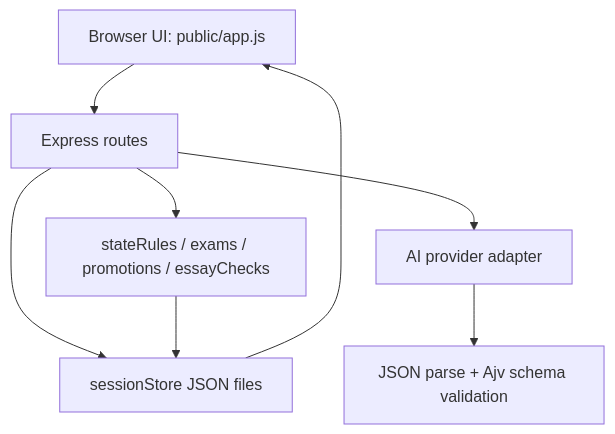
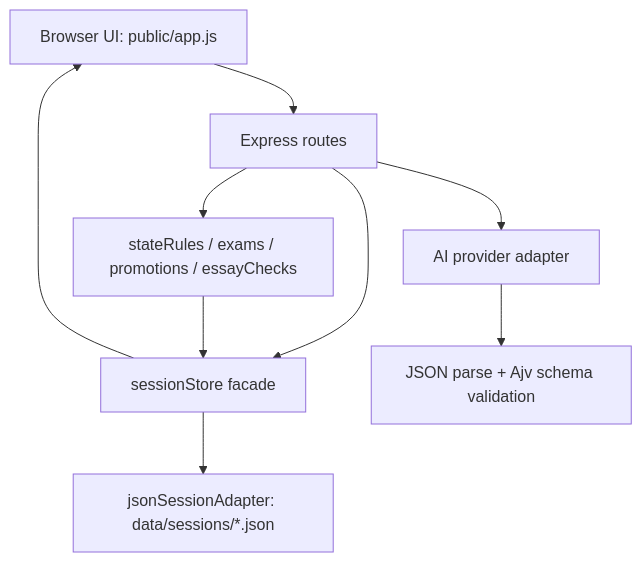
The diagram in docs/ARCHITECTURE.md (298118/qianqiu), drawn with Mermaid before and after one commit. The commit also changed other lines of this file and 8 other files, not shown here.

Commit message:
feat: add session storage adapter

````diff
--- a/docs/ARCHITECTURE.md
+++ b/docs/ARCHITECTURE.md
@@ -31,10 +31,11 @@
 ```mermaid
 flowchart TD
   Browser["Browser UI: public/app.js"] --> Routes["Express routes"]
-  Routes --> Store["sessionStore JSON files"]
+  Routes --> Store["sessionStore facade"]
+  Store --> JsonAdapter["jsonSessionAdapter: data/sessions/*.json"]
   Routes --> Provider["AI provider adapter"]
   Provider --> Schemas["JSON parse + Ajv schema validation"]
   Routes --> Rules["stateRules / exams / promotions / essayChecks"]
   Rules --> Store
   Store --> Browser
 ```
````
